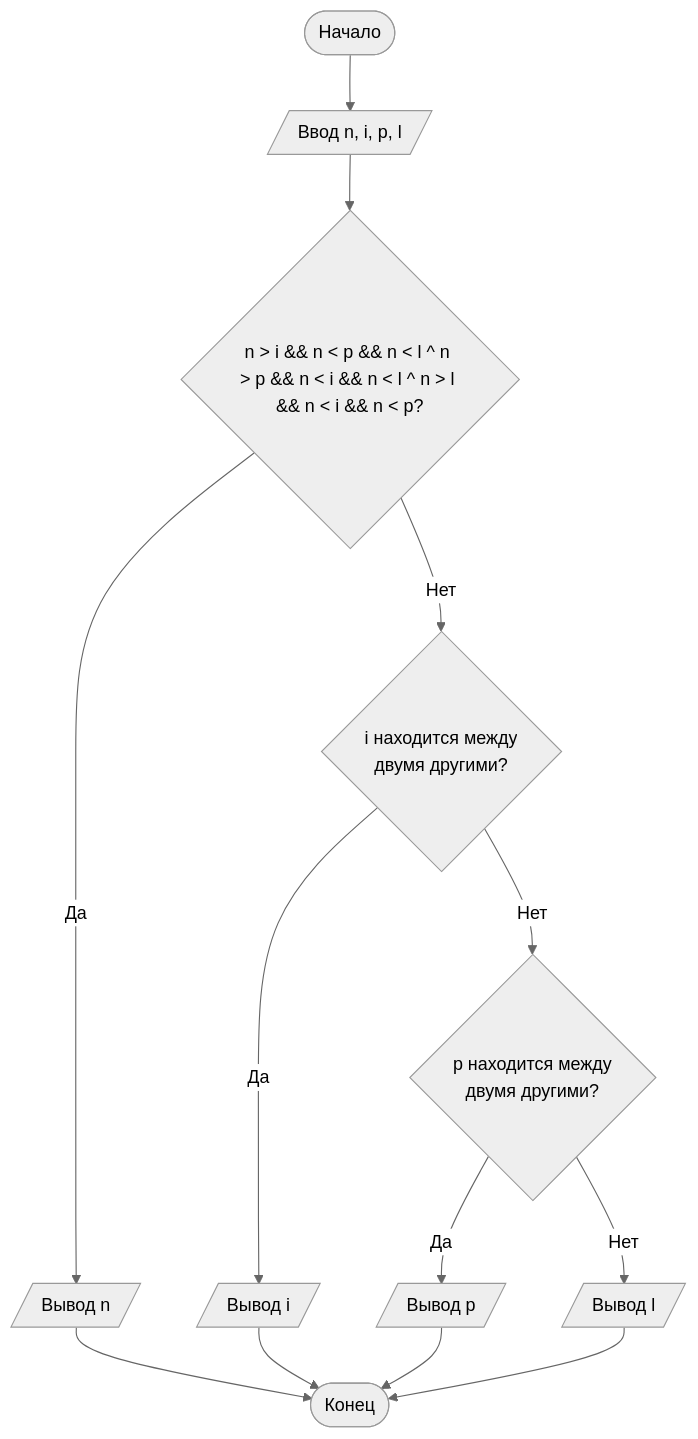
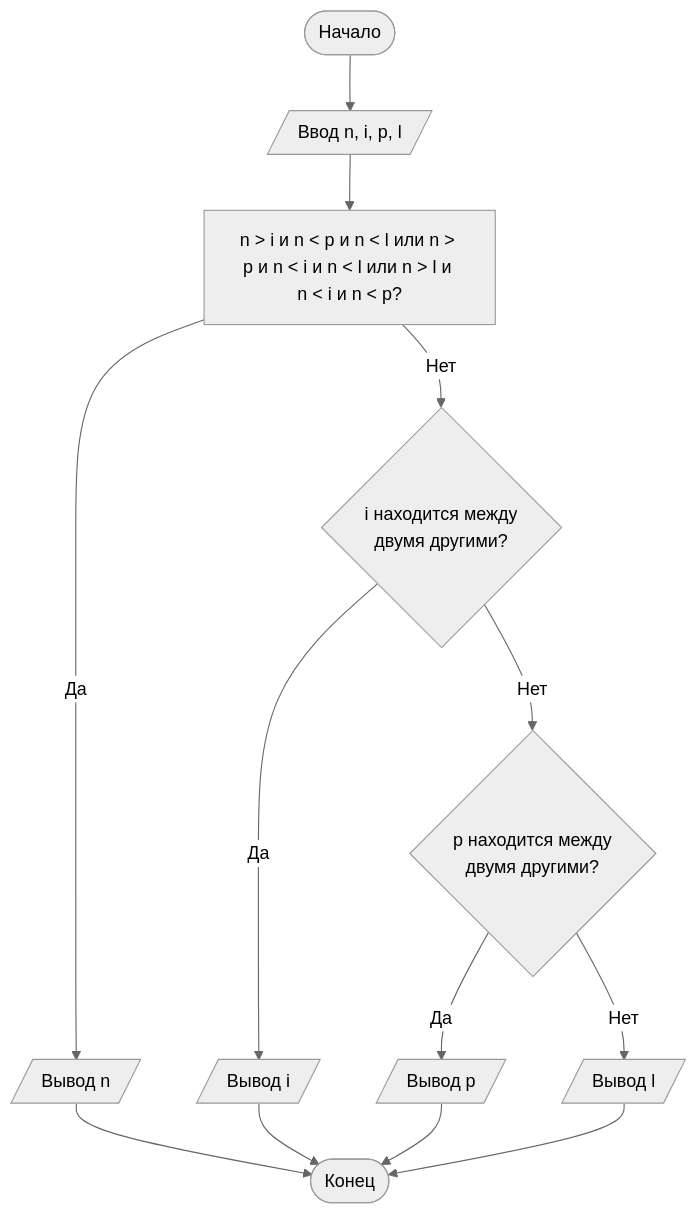
The diagram in README.md (Fipip28/laboratornaya-rabota-1), drawn with Mermaid (neutral theme) before and after one commit.

````diff
--- a/README.md
+++ b/README.md
@@ -110,15 +110,15 @@
 ```mermaid
 graph TD
     A([Начало]) --> B[/Ввод n, i, p, l/]
-    B --> C{n > i && n < p && n < l ^ n > p && n < i && n < l ^ n > l && n < i && n < p?}
+    B --> C[n > i и n < p и n < l или n > p и n < i и n < l или n > l и n < i и n < p?]
     C -- Да --> D[/Вывод n/]
     C -- Нет --> E{i находится между<br/>двумя другими?}
     E -- Да --> F[/Вывод i/]
     E -- Нет --> G{p находится между<br/>двумя другими?}
     G -- Да --> H[/Вывод p/]
     G -- Нет --> I[/Вывод l/]
     D --> J([Конец])
     F --> J
     H --> J
     I --> J
 ```
````
